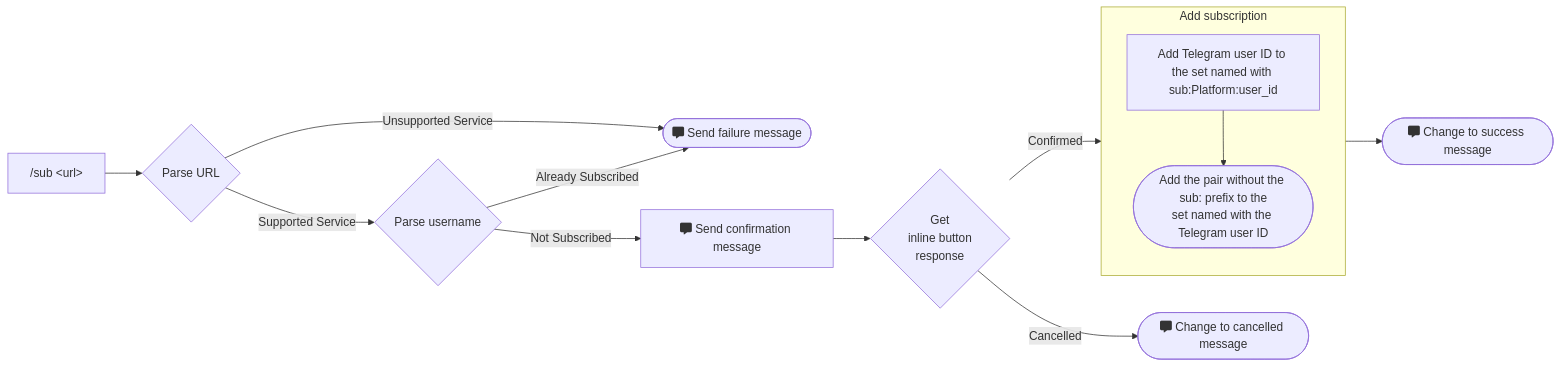
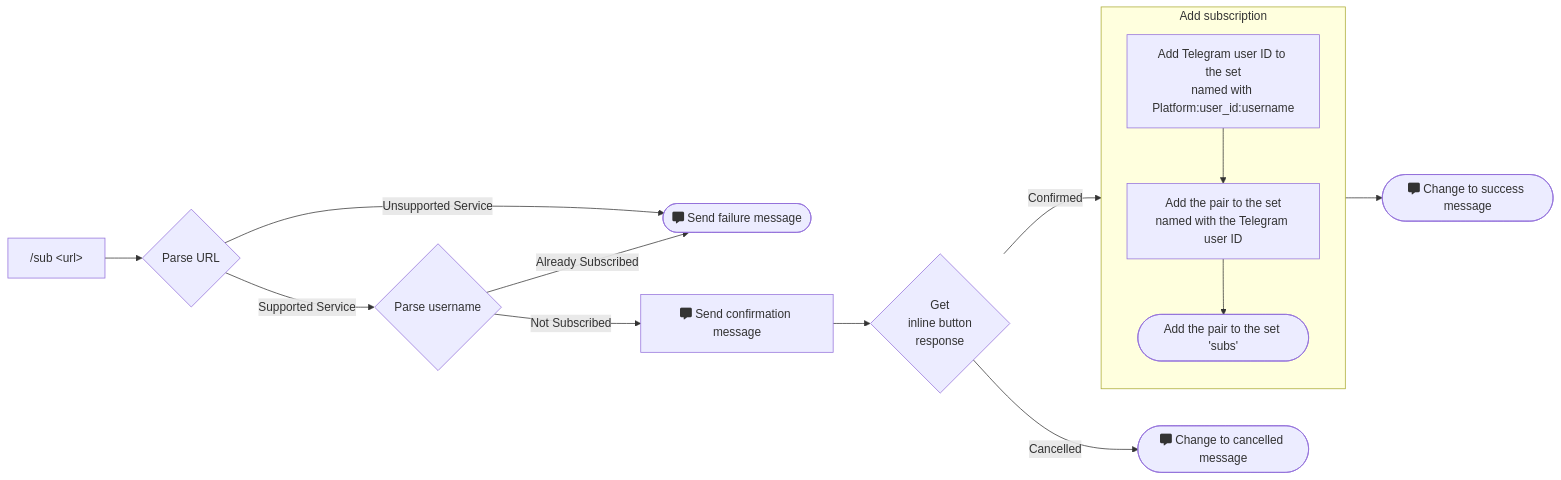
The first of 3 diagrams in Design.md (mikelei8291/Telescope), drawn with Mermaid before and after one commit. The commit also changed other lines of this file, not shown here.

````diff
--- a/Design.md
+++ b/Design.md
@@ -13,15 +13,16 @@
   ```mermaid
   flowchart LR
     subgraph s1["Add subscription"]
-      n1["Add Telegram user ID to the set named with sub:Platform:user_id"] --> n2(["Add the pair without the sub: prefix to the<br>set named with the Telegram user ID"])
+      n1["Add Telegram user ID to the set<br>named with Platform:user_id:username"] --> n2["Add the pair to the set<br>named with the Telegram user ID"]
+      n2 --> n3(["Add the pair to the set 'subs'"])
     end
     A["/sub &lt;url&gt;"] --> B{"Parse URL"}
     B -- Supported Service --> C{"Parse username"}
     B -- Unsupported Service --> D(["fa:fa-message Send failure message"])
     C -- Not Subscribed --> E["fa:fa-message Send confirmation message"]
     C -- Already Subscribed --> D
     E --> F{"Get<br>inline button<br>response"}
     F -- Confirmed --> s1
     s1 --> H(["fa:fa-message Change to success message"])
     F -- Cancelled --> I(["fa:fa-message Change to cancelled message"])
   ```
````
